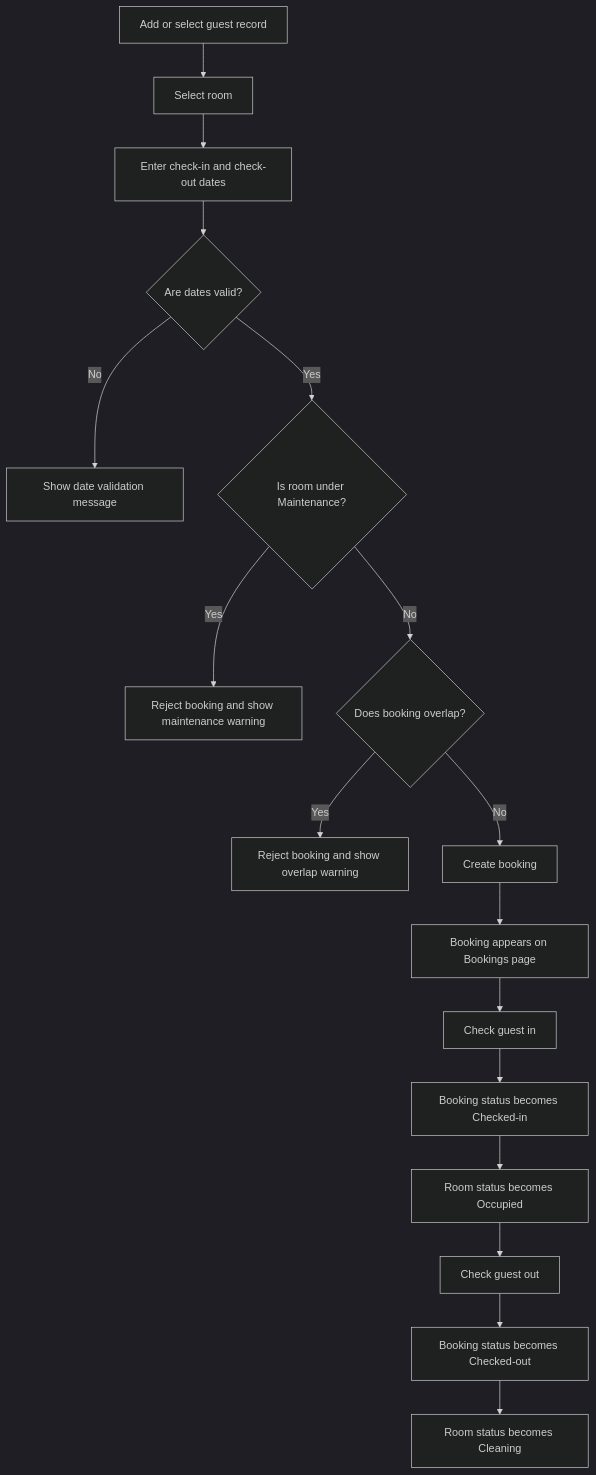
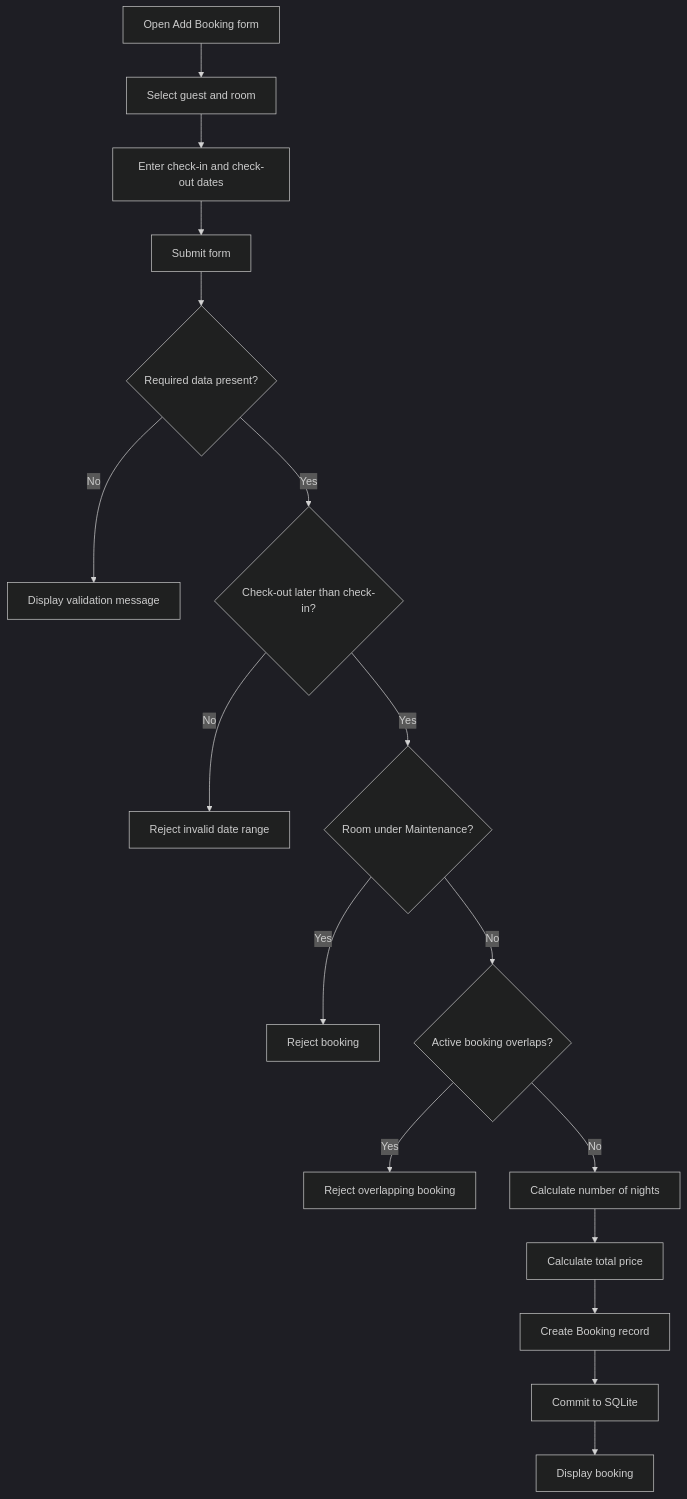
One commit to vlad12-k/boutique-hotel-booking-system changed the fourth of 8 diagrams in docs/design-diagrams.md. Above: the diagram before and after it, drawn with Mermaid (dark theme). The commit also changed other lines of this file and 19 other files, not shown here.

````diff
--- a/docs/design-diagrams.md
+++ b/docs/design-diagrams.md
@@ -108,19 +167,24 @@
 ```mermaid
 flowchart TD
-    A[Add or select guest record] --> B[Select room]
+    A[Open Add Booking form] --> B[Select guest and room]
     B --> C[Enter check-in and check-out dates]
-    C --> D{Are dates valid?}
-    D -- No --> E[Show date validation message]
-    D -- Yes --> F{Is room under Maintenance?}
-    F -- Yes --> G[Reject booking and show maintenance warning]
-    F -- No --> H{Does booking overlap?}
-    H -- Yes --> I[Reject booking and show overlap warning]
-    H -- No --> J[Create booking]
-    J --> K[Booking appears on Bookings page]
-    K --> L[Check guest in]
-    L --> M[Booking status becomes Checked-in]
-    M --> N[Room status becomes Occupied]
-    N --> O[Check guest out]
-    O --> P[Booking status becomes Checked-out]
-    P --> Q[Room status becomes Cleaning]
+    C --> D[Submit form]
+
+    D --> E{Required data present?}
+    E -- No --> F[Display validation message]
+    E -- Yes --> G{Check-out later than check-in?}
+
+    G -- No --> H[Reject invalid date range]
+    G -- Yes --> I{Room under Maintenance?}
+
+    I -- Yes --> J[Reject booking]
+    I -- No --> K{Active booking overlaps?}
+
+    K -- Yes --> L[Reject overlapping booking]
+    K -- No --> M[Calculate number of nights]
+
+    M --> N[Calculate total price]
+    N --> O[Create Booking record]
+    O --> P[Commit to SQLite]
+    P --> Q[Display booking]
 ```
````
